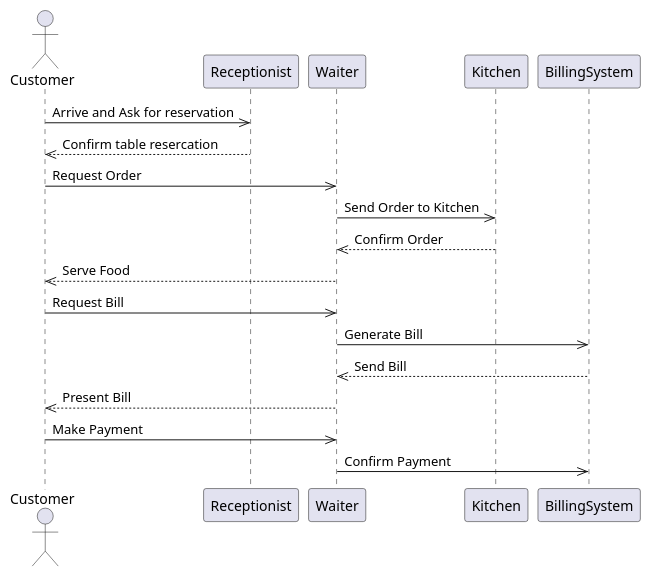
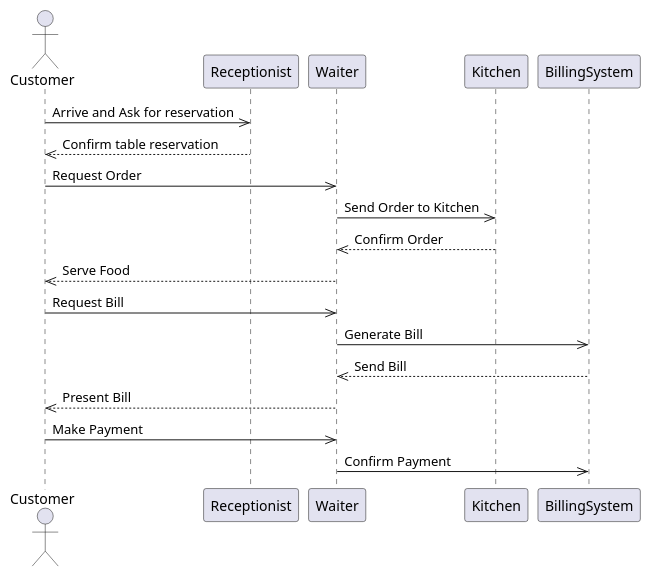
One commit to vinu-2001/test changed the diagram in test.puml. Above: the diagram before and after it, drawn with PlantUML.

```diff
--- a/test.puml
+++ b/test.puml
@@ -1,15 +1,15 @@
 @startuml
 actor Customer
 Customer ->> Receptionist: Arrive and Ask for reservation
-Receptionist -->> Customer : Confirm table resercation
+Receptionist -->> Customer : Confirm table reservation
 Customer ->> Waiter: Request Order
 Waiter ->> Kitchen: Send Order to Kitchen
 Kitchen -->> Waiter: Confirm Order
 Waiter -->> Customer: Serve Food
 Customer ->> Waiter: Request Bill
 Waiter ->> BillingSystem: Generate Bill
 BillingSystem -->> Waiter: Send Bill
 Waiter -->> Customer: Present Bill
 Customer ->> Waiter: Make Payment
 Waiter ->> BillingSystem: Confirm Payment
 @enduml
```
